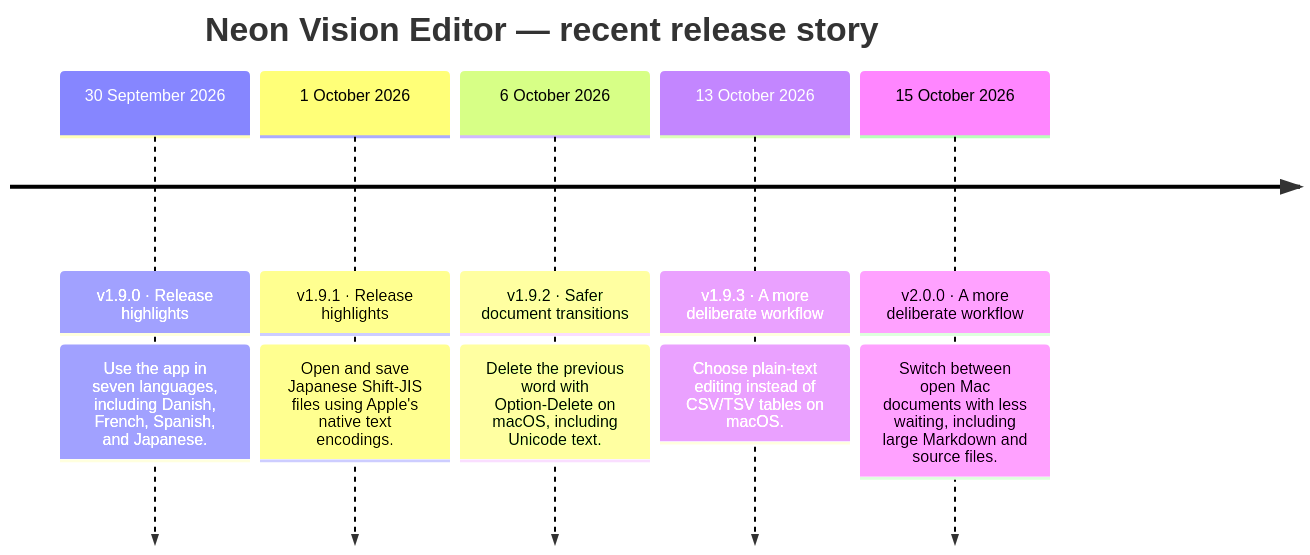
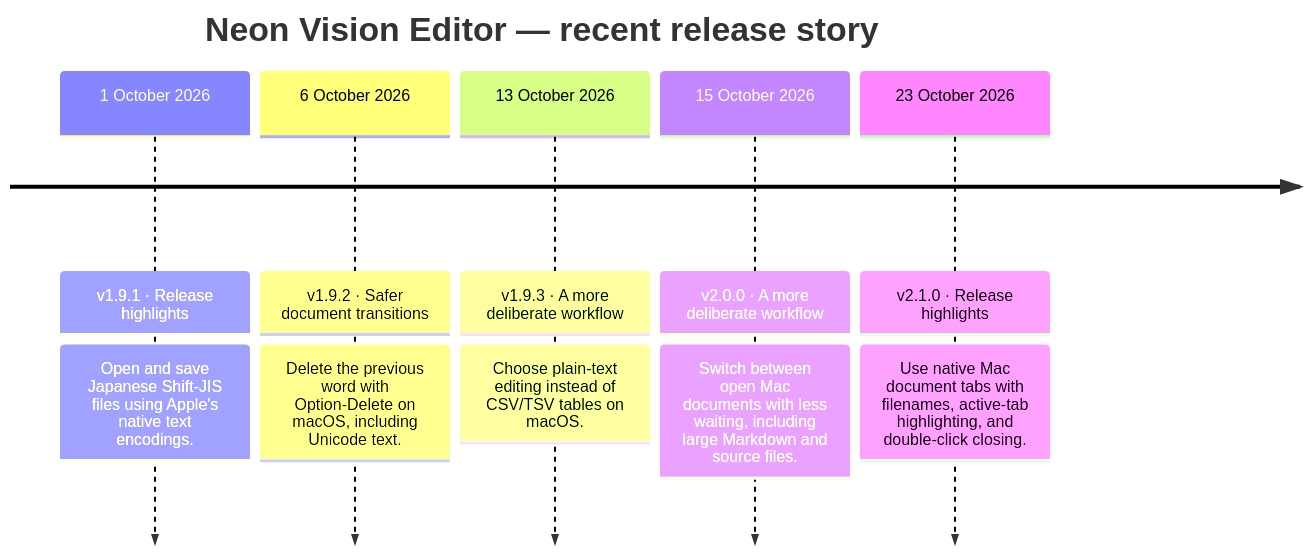
Before and after one commit to h3pdesign/Neon-Vision-Editor: the diagram in README.md, drawn with Mermaid. The commit also changed other lines of this file and 9 other files, not shown here.

````diff
--- a/README.md
+++ b/README.md
@@ -750,14 +749,14 @@
 ```mermaid
 timeline
     title Neon Vision Editor — recent release story
-    30 September 2026 : v1.9.0 · Release highlights
-                : Use the app in seven languages, including Danish, French, Spanish, and Japanese.
     1 October 2026 : v1.9.1 · Release highlights
                 : Open and save Japanese Shift-JIS files using Apple's native text encodings.
     6 October 2026 : v1.9.2 · Safer document transitions
                 : Delete the previous word with Option-Delete on macOS, including Unicode text.
     13 October 2026 : v1.9.3 · A more deliberate workflow
                 : Choose plain-text editing instead of CSV/TSV tables on macOS.
     15 October 2026 : v2.0.0 · A more deliberate workflow
                 : Switch between open Mac documents with less waiting, including large Markdown and source files.
+    23 October 2026 : v2.1.0 · Release highlights
+                : Use native Mac document tabs with filenames, active-tab highlighting, and double-click closing.
 ```
````
